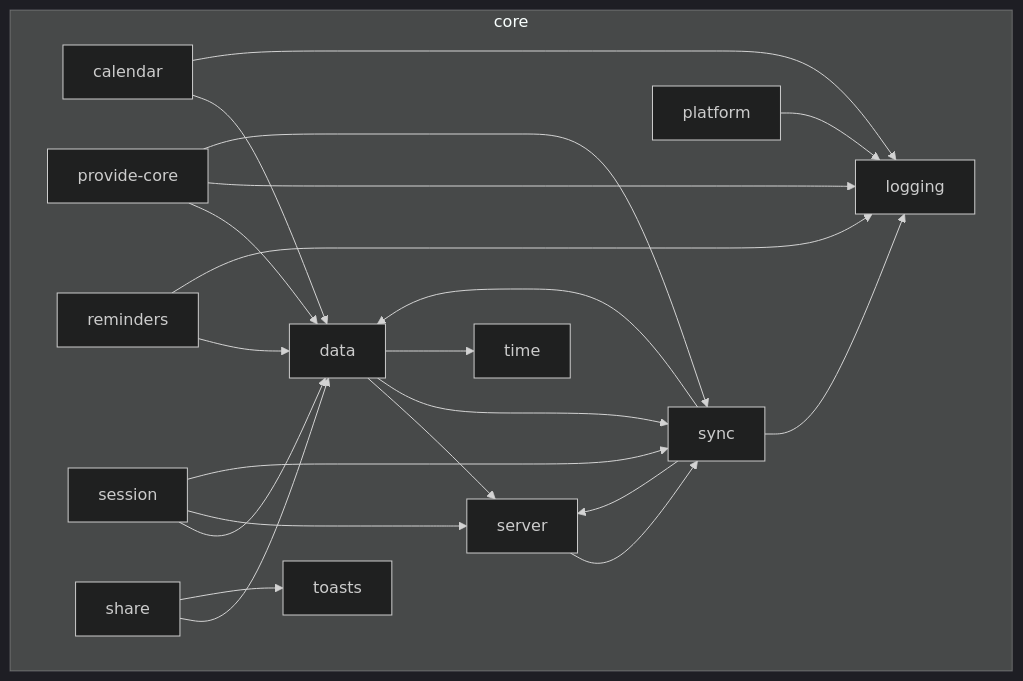
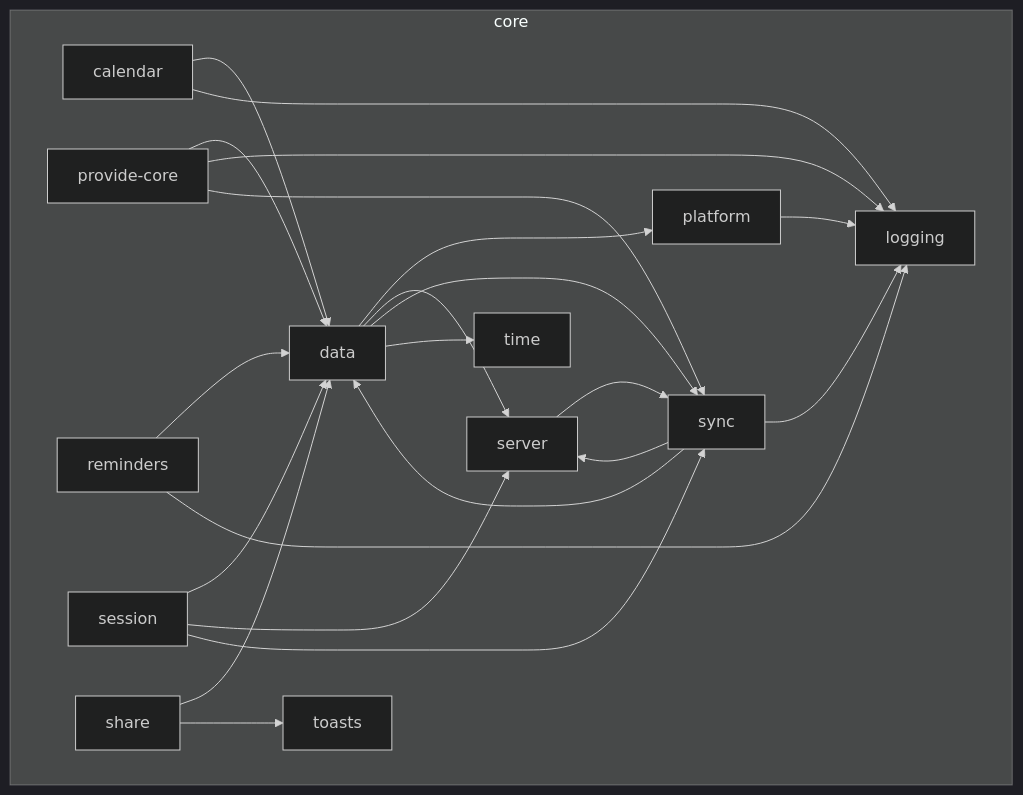
One commit to valde222/life_app changed the diagram in docs/diagrams/03d-inside-core.md. Above: the diagram before and after it, drawn with Mermaid (dark theme). The commit also changed 21 other files, not shown here.

````diff
--- a/docs/diagrams/03d-inside-core.md
+++ b/docs/diagrams/03d-inside-core.md
@@ -5,37 +5,38 @@
 ```mermaid
 flowchart TD
   subgraph core["core"]
     core_calendar["calendar"]
     core_data["data"]
     core_logging["logging"]
     core_platform["platform"]
     core_provide_core["provide-core"]
     core_reminders["reminders"]
     core_server["server"]
     core_session["session"]
     core_share["share"]
     core_sync["sync"]
     core_time["time"]
     core_toasts["toasts"]
   end
   core_calendar --> core_data
   core_calendar --> core_logging
+  core_data --> core_platform
   core_data --> core_server
   core_data --> core_sync
   core_data --> core_time
   core_platform --> core_logging
   core_provide_core --> core_data
   core_provide_core --> core_logging
   core_provide_core --> core_sync
   core_reminders --> core_data
   core_reminders --> core_logging
   core_server --> core_sync
   core_session --> core_data
   core_session --> core_server
   core_session --> core_sync
   core_share --> core_data
   core_share --> core_toasts
   core_sync --> core_data
   core_sync --> core_logging
   core_sync --> core_server
 ```
````
